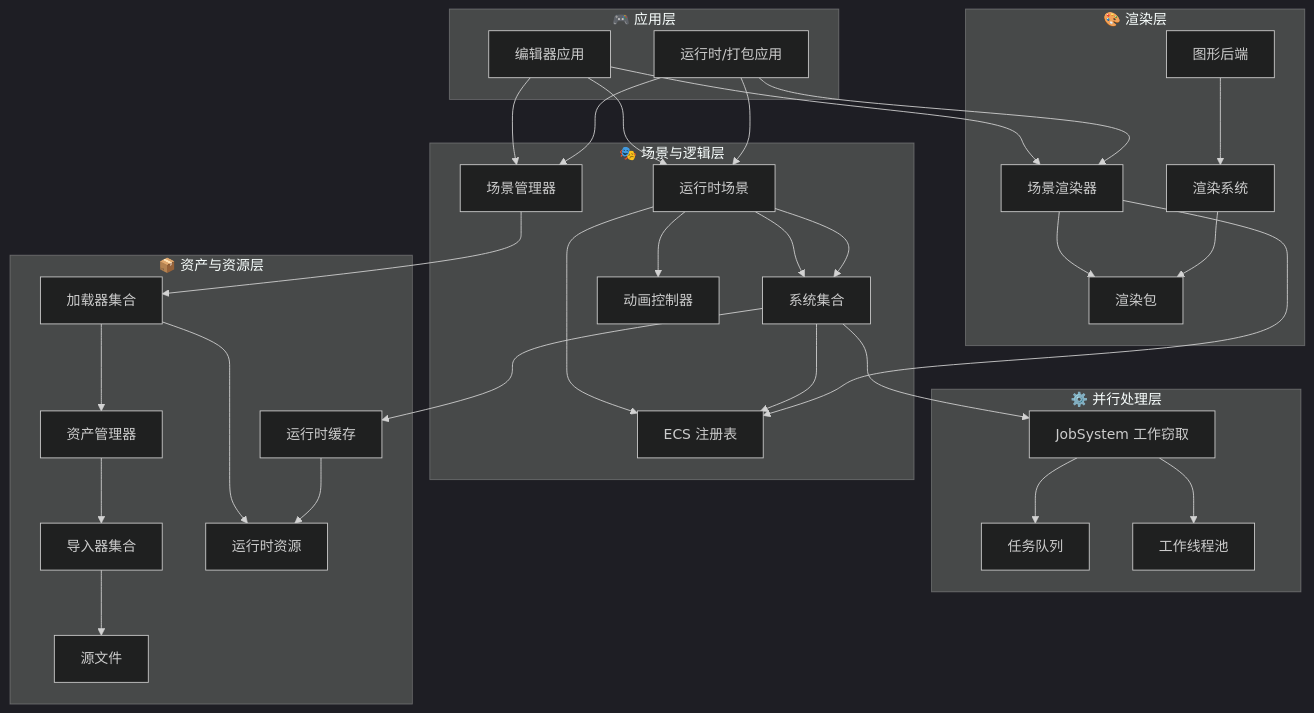
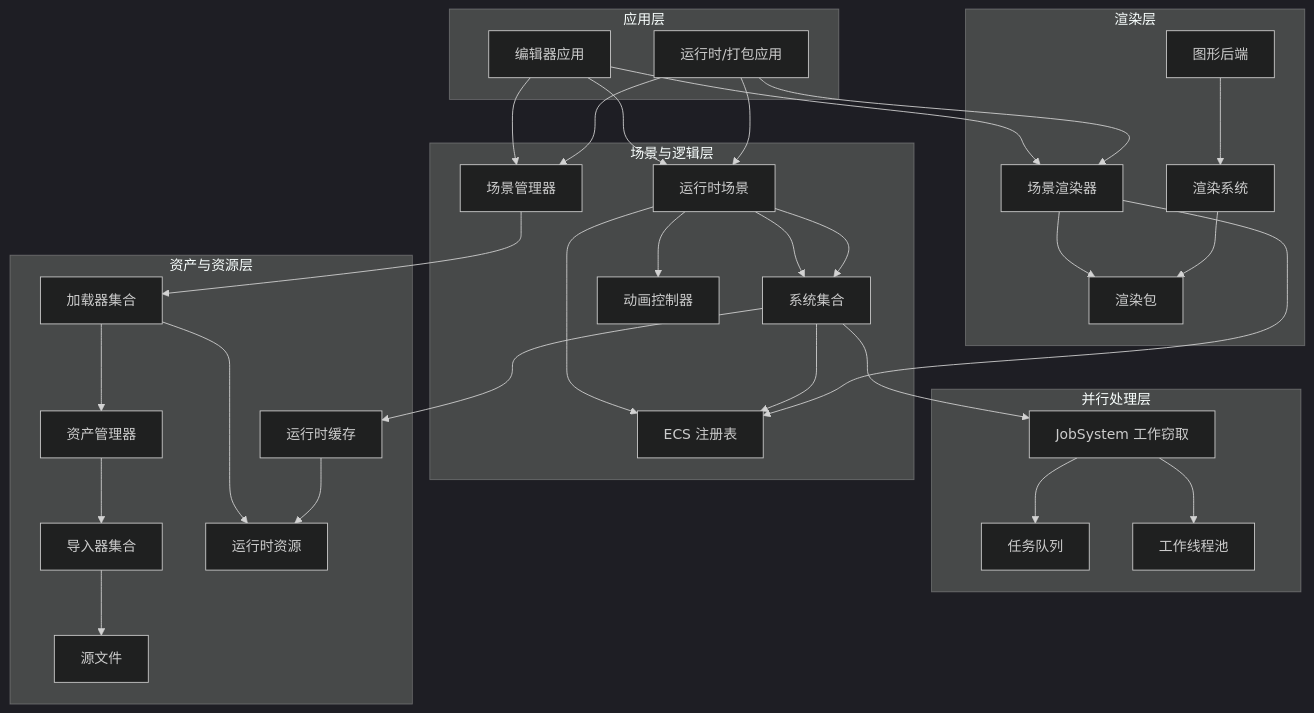
Before and after one commit to NGLSG/Luma: the first of 11 diagrams in ARCHITECTURE.md, drawn with Mermaid (dark theme). The commit also changed other lines of this file and 27 other files, not shown here.

````diff
--- a/ARCHITECTURE.md
+++ b/ARCHITECTURE.md
@@ -11,63 +12,63 @@
 ```mermaid
 graph TD
-    subgraph "🎮 应用层"
+    subgraph "应用层"
         Editor[编辑器应用]
         Runtime[运行时/打包应用]
     end
 
-    subgraph "🎭 场景与逻辑层"
+    subgraph "场景与逻辑层"
         SceneManager[场景管理器]
         RuntimeScene[运行时场景]
         Systems[系统集合]
         Registry[ECS 注册表]
         AnimController[动画控制器]
         RuntimeScene --> Systems
         RuntimeScene --> Registry
         RuntimeScene --> AnimController
     end
 
-    subgraph "⚙️ 并行处理层"
+    subgraph "并行处理层"
         JobSystem[JobSystem 工作窃取]
         TaskQueue[任务队列]
         WorkerThreads[工作线程池]
         JobSystem --> TaskQueue
         JobSystem --> WorkerThreads
     end
 
-    subgraph "📦 资产与资源层"
+    subgraph "资产与资源层"
         AssetManager[资产管理器]
         Importers[导入器集合]
         Loaders[加载器集合]
         RuntimeCaches[运行时缓存]
         SourceFiles[源文件]
         RuntimeAssets[运行时资源]
         AssetManager --> Importers
         Importers --> SourceFiles
         Loaders --> AssetManager
         Loaders --> RuntimeAssets
         RuntimeCaches --> RuntimeAssets
     end
 
-    subgraph "🎨 渲染层"
+    subgraph "渲染层"
         SceneRenderer[场景渲染器]
         RenderSystem[渲染系统]
         GraphicsBackend[图形后端]
         RenderPackets[渲染包]
         SceneRenderer --> RenderPackets
         RenderSystem --> RenderPackets
         GraphicsBackend --> RenderSystem
     end
 
     Editor --> SceneManager
     Runtime --> SceneManager
     Editor --> RuntimeScene
     Runtime --> RuntimeScene
     RuntimeScene --> Systems
     Systems --> Registry
     Systems --> RuntimeCaches
     Systems --> JobSystem
     SceneManager --> Loaders
     Editor --> SceneRenderer
     Runtime --> SceneRenderer
     SceneRenderer --> Registry
 ```
````
